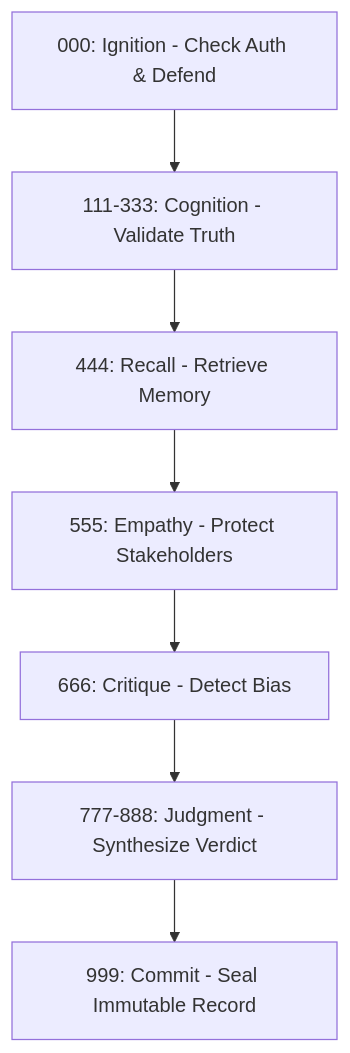
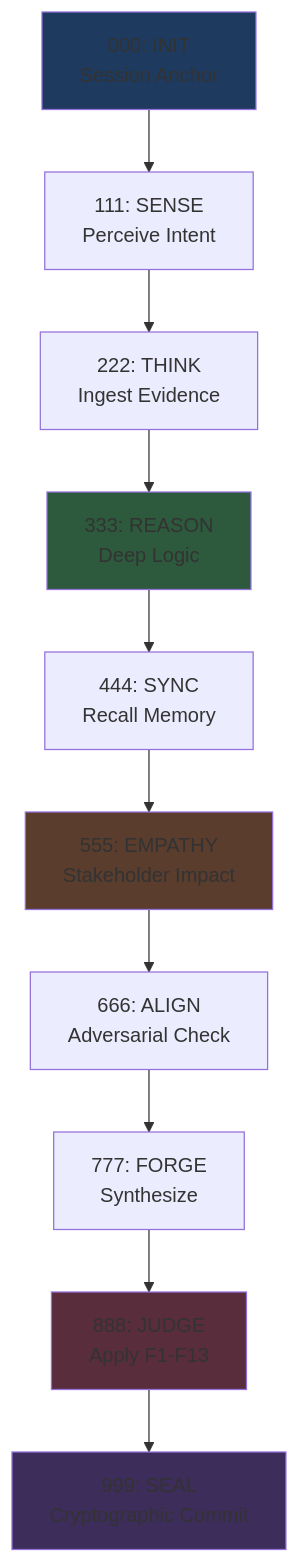
Before and after one commit to ariffazil/arifos: the diagram in sites/docs/docs/intro.md, drawn with Mermaid. The commit also changed other lines of this file and 3 other files, not shown here.

````diff
--- a/sites/docs/docs/intro.md
+++ b/sites/docs/docs/intro.md
@@ -39,9 +90,18 @@
 ```mermaid
 graph TD
-A[000: Ignition - Check Auth & Defend] --> B[111-333: Cognition - Validate Truth]
-B --> C[444: Recall - Retrieve Memory]
-C --> D[555: Empathy - Protect Stakeholders]
-D --> E[666: Critique - Detect Bias]
-E --> F[777-888: Judgment - Synthesize Verdict]
-F --> G[999: Commit - Seal Immutable Record]
+    000[000: INIT<br/>Session Anchor] --> 111[111: SENSE<br/>Perceive Intent]
+    111 --> 222[222: THINK<br/>Ingest Evidence]
+    222 --> 333[333: REASON<br/>Deep Logic]
+    333 --> 444[444: SYNC<br/>Recall Memory]
+    444 --> 555[555: EMPATHY<br/>Stakeholder Impact]
+    555 --> 666[666: ALIGN<br/>Adversarial Check]
+    666 --> 777[777: FORGE<br/>Synthesize]
+    777 --> 888[888: JUDGE<br/>Apply F1-F13]
+    888 --> 999[999: SEAL<br/>Cryptographic Commit]
+    
+    style 000 fill:#1e3a5f
+    style 333 fill:#2d5a3d
+    style 555 fill:#5a3d2d
+    style 888 fill:#5a2d3d
+    style 999 fill:#3d2d5a
 ```
````
